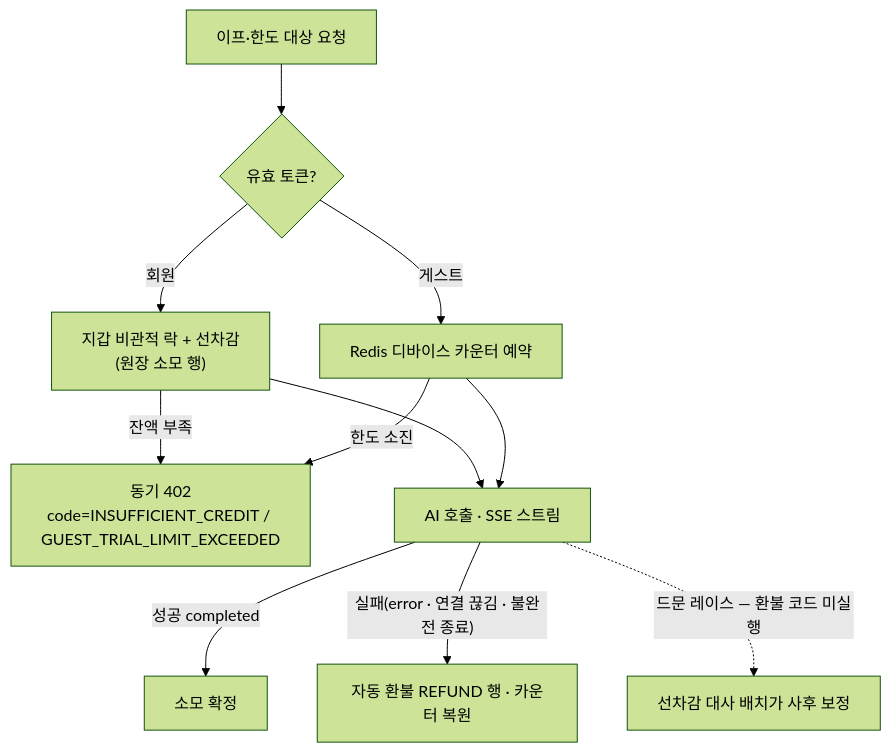
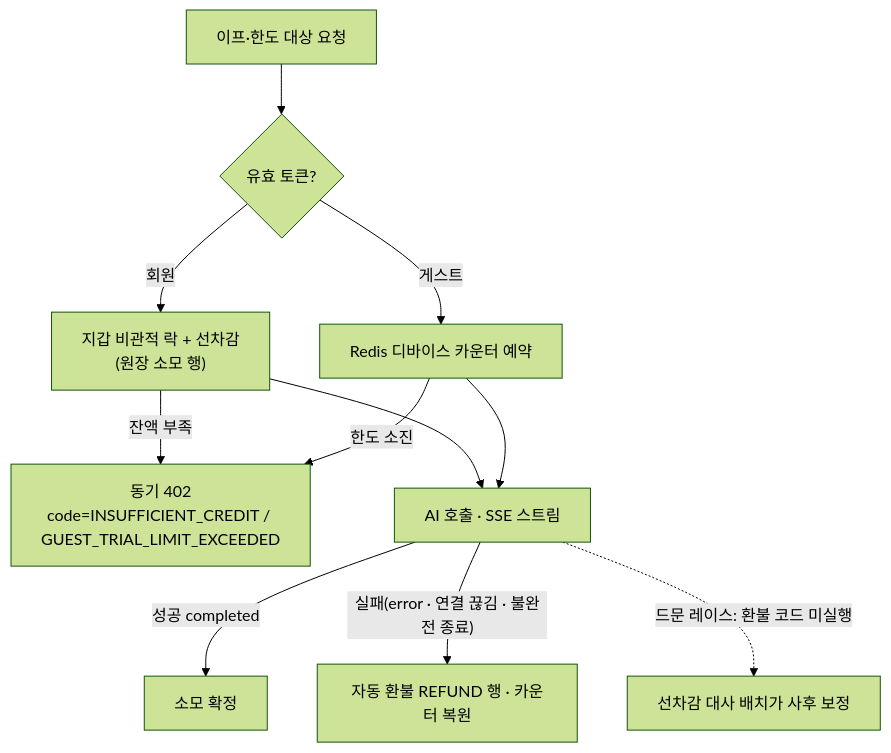
Before and after one commit to KIM-N-KANG/knk-harness: the diagram in docs/spec/4-backend-server-spec.md, drawn with Mermaid (forest theme). The commit also changed other lines of this file and 10 other files, not shown here.

````diff
--- a/docs/spec/4-backend-server-spec.md
+++ b/docs/spec/4-backend-server-spec.md
@@ -803,13 +844,13 @@
 ```mermaid
 graph TD
     Req[이프·한도 대상 요청] --> Who{유효 토큰?}
     Who -->|회원| Charge["지갑 비관적 락 + 선차감<br/>(원장 소모 행)"]
     Who -->|게스트| Guest[Redis 디바이스 카운터 예약]
     Charge -->|잔액 부족| P402["동기 402<br/>code=INSUFFICIENT_CREDIT / GUEST_TRIAL_LIMIT_EXCEEDED"]
     Guest -->|한도 소진| P402
     Charge --> Run[AI 호출 · SSE 스트림]
     Guest --> Run
     Run -->|성공 completed| Done[소모 확정]
     Run -->|"실패(error · 연결 끊김 · 불완전 종료)"| Refund[자동 환불 REFUND 행 · 카운터 복원]
-    Run -.->|드문 레이스 — 환불 코드 미실행| Batch[선차감 대사 배치가 사후 보정]
+    Run -.->|드문 레이스: 환불 코드 미실행| Batch[선차감 대사 배치가 사후 보정]
 ```
````
